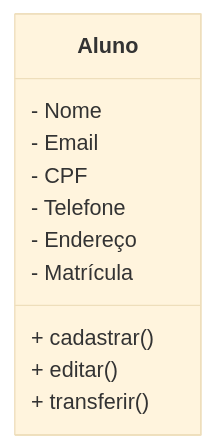
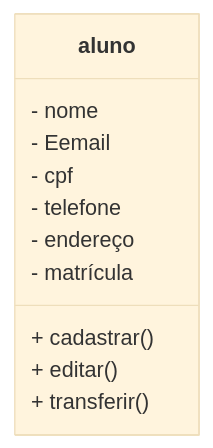
Before and after one commit to kellyaquinosiqueira-gif/universidade: the second of 2 diagrams in readme.md, drawn with Mermaid (base theme).

Commit message:
documentacao inicial do projeto universidade

````diff
--- a/readme.md
+++ b/readme.md
@@ -23,16 +23,16 @@
 ```mermaid
 classDiagram
-    class Aluno{
-        - Nome
-        - Email
-        - CPF
-        - Telefone
-        - Endereço
-        - Matrícula
+    class aluno{
+        - nome
+        - Eemail
+        - cpf
+        - telefone
+        - endereço
+        - matrícula
         + cadastrar()
         + editar()
         + transferir()
       
         
     }
 ```
````
